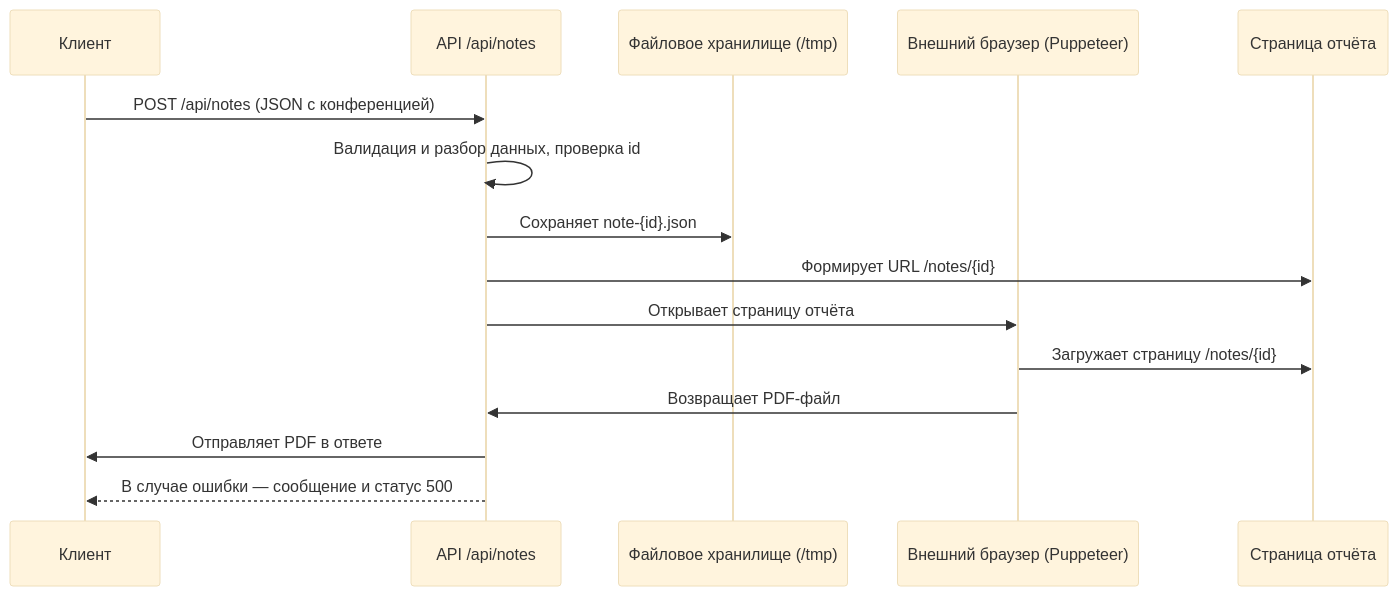
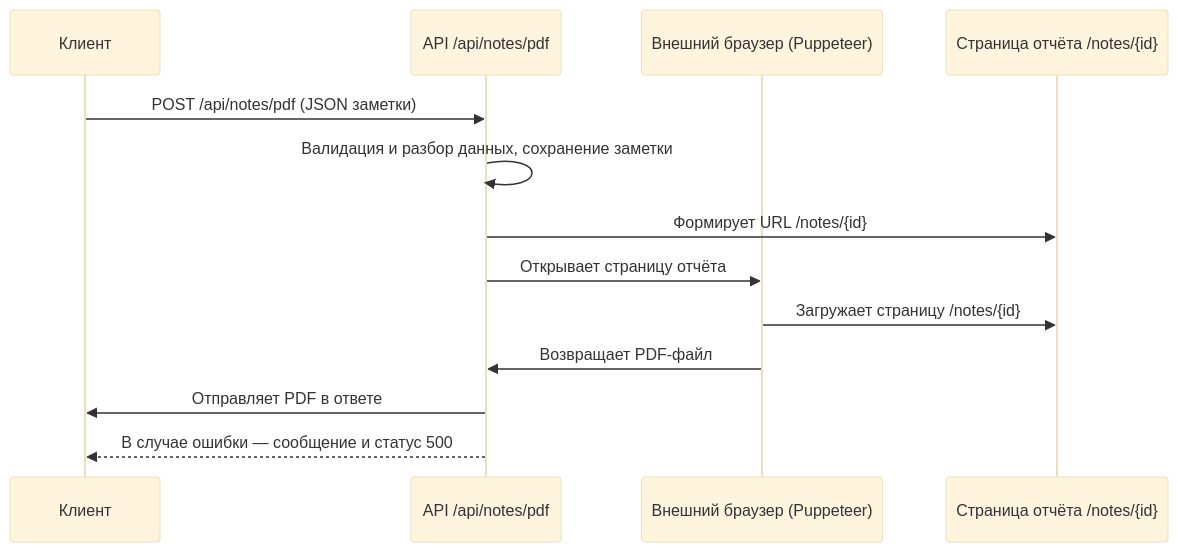
One commit to xdef/uplax-pdf-svc changed the diagram in README.md. Above: the diagram before and after it, drawn with Mermaid (base theme). The commit also changed other lines of this file and 2 other files, not shown here.

First line of the commit message:
docs: document PDF and markdown note generation API

````diff
--- a/README.md
+++ b/README.md
@@ -28,18 +29,16 @@
 ```mermaid
 sequenceDiagram
     participant Client as Клиент
-    participant API as API /api/notes
-    participant Storage as Файловое хранилище (/tmp)
+    participant API as API /api/notes/pdf
     participant Browser as Внешний браузер (Puppeteer)
-    participant Reports as Страница отчёта
+    participant Reports as Страница отчёта /notes/{id}
 
-    Client->>API: POST /api/notes (JSON с конференцией)
-    API->>API: Валидация и разбор данных, проверка id
-    API->>Storage: Сохраняет note-{id}.json
+    Client->>API: POST /api/notes/pdf (JSON заметки)
+    API->>API: Валидация и разбор данных, сохранение заметки
     API->>Reports: Формирует URL /notes/{id}
     API->>Browser: Открывает страницу отчёта
     Browser->>Reports: Загружает страницу /notes/{id}
     Browser->>API: Возвращает PDF-файл
     API->>Client: Отправляет PDF в ответе
     API-->>Client: В случае ошибки — сообщение и статус 500
 ```
````
